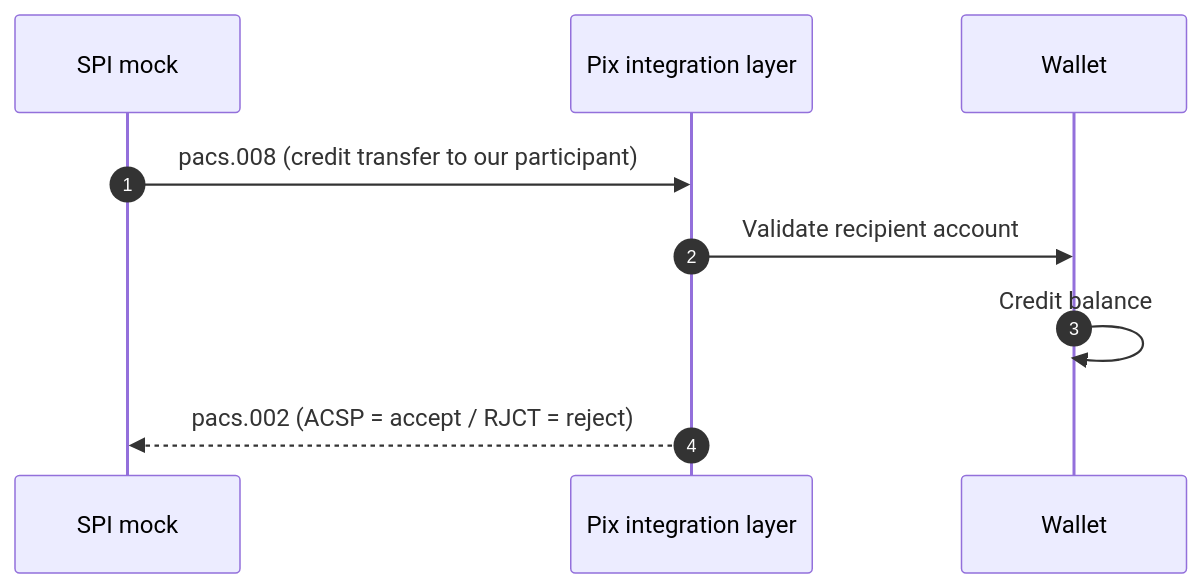
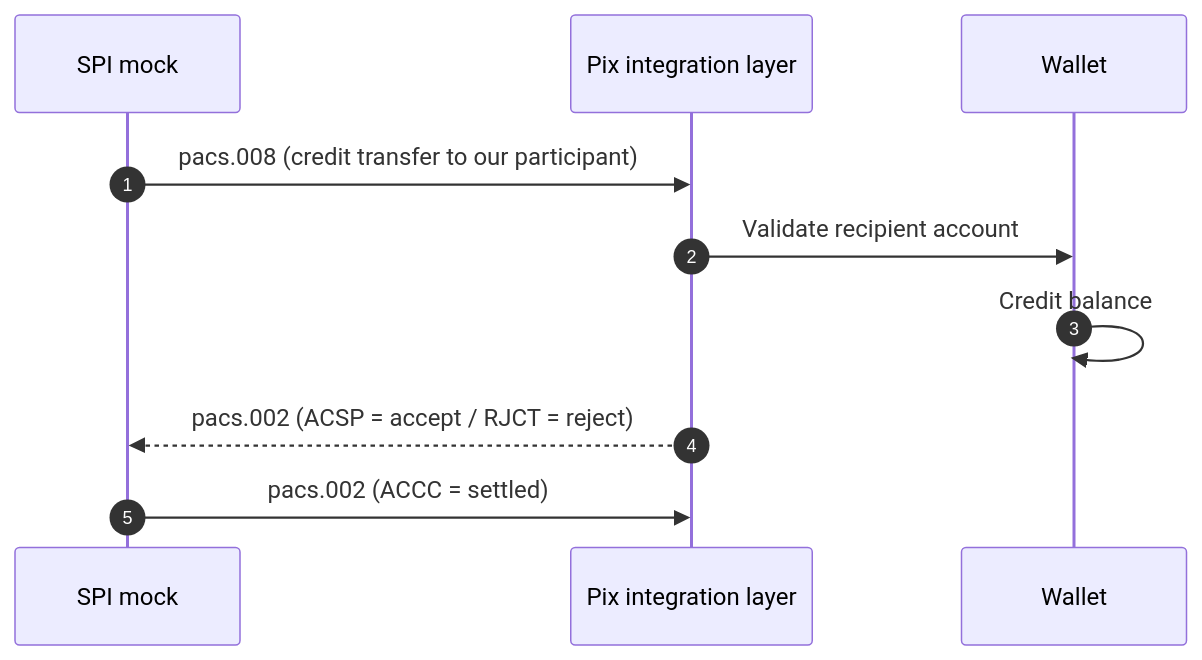
The third of 5 diagrams in docs/architecture.md (piovani/pix_fake), drawn with Mermaid before and after one commit. The commit also changed other lines of this file and 5 other files, not shown here.

````diff
--- a/docs/architecture.md
+++ b/docs/architecture.md
@@ -79,12 +79,13 @@
 ```mermaid
 sequenceDiagram
     autonumber
     participant S as SPI mock
     participant P as Pix integration layer
     participant W as Wallet
 
     S->>P: pacs.008 (credit transfer to our participant)
     P->>W: Validate recipient account
     W->>W: Credit balance
     P-->>S: pacs.002 (ACSP = accept / RJCT = reject)
+    S->>P: pacs.002 (ACCC = settled)
 ```
````
